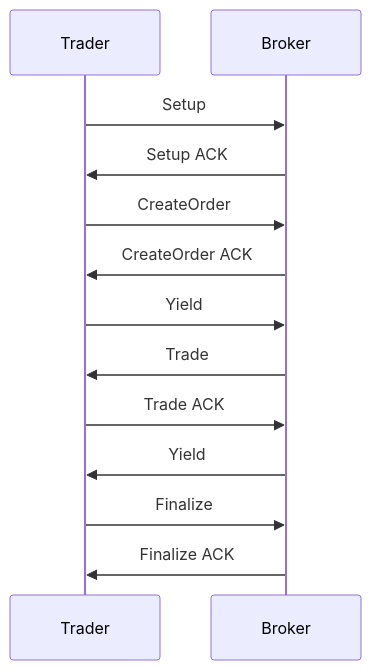
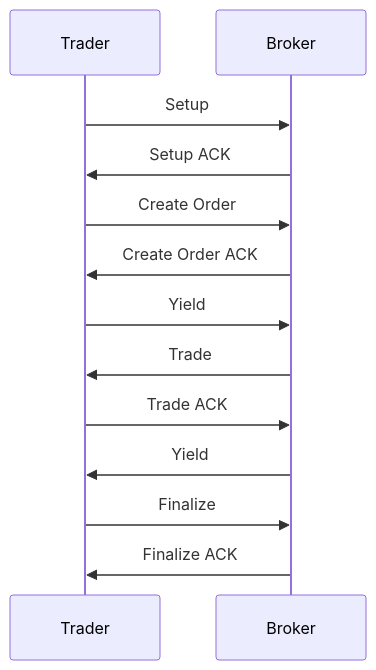
Before and after one commit to openware/open-finance: the second of 2 diagrams in docs/10_trading-channels.md, drawn with Mermaid. The commit also changed other lines of this file, not shown here.

````diff
--- a/docs/10_trading-channels.md
+++ b/docs/10_trading-channels.md
@@ -35,14 +41,14 @@
 ```mermaid
 sequenceDiagram;
     Trader->>Broker: Setup
     Broker->>Trader: Setup ACK
-    Trader->>Broker: CreateOrder
-    Broker->>Trader: CreateOrder ACK
+    Trader->>Broker: Create Order
+    Broker->>Trader: Create Order ACK
     Trader->>Broker: Yield
     Broker->>Trader: Trade
     Trader->>Broker: Trade ACK
     Broker->>Trader: Yield
     Trader->>Broker: Finalize
     Broker->>Trader: Finalize ACK
 
 ```
````
